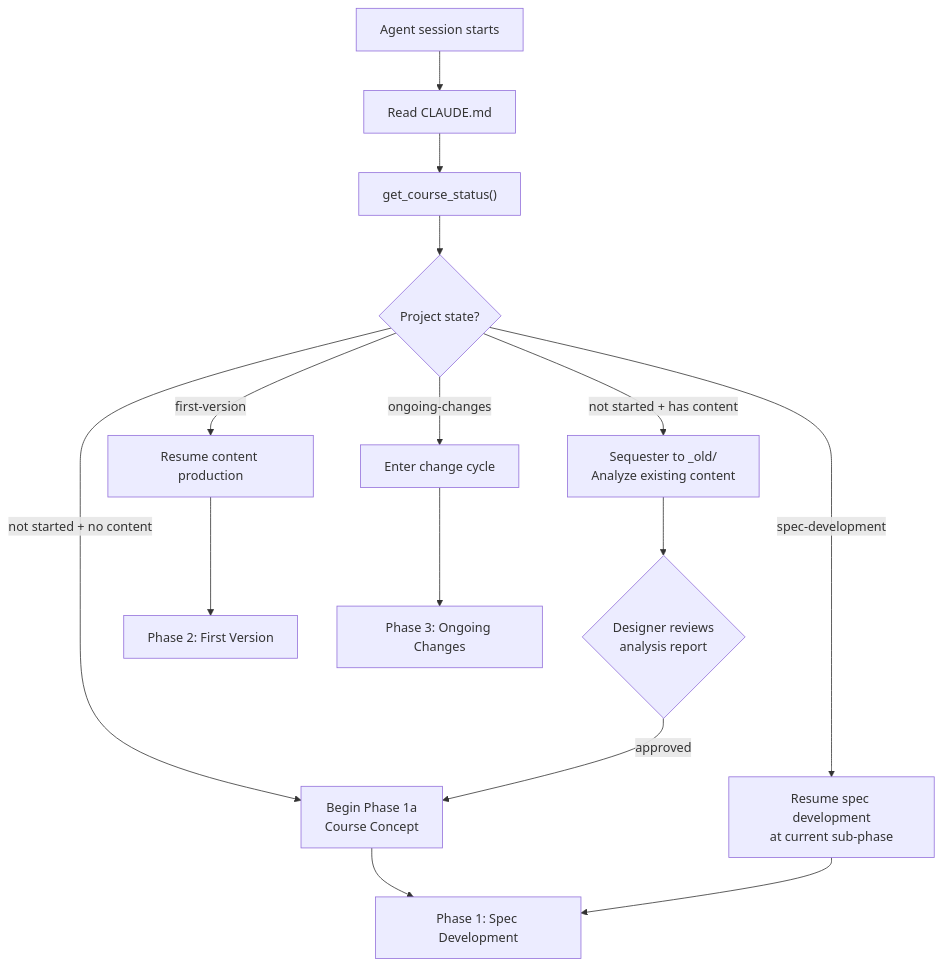
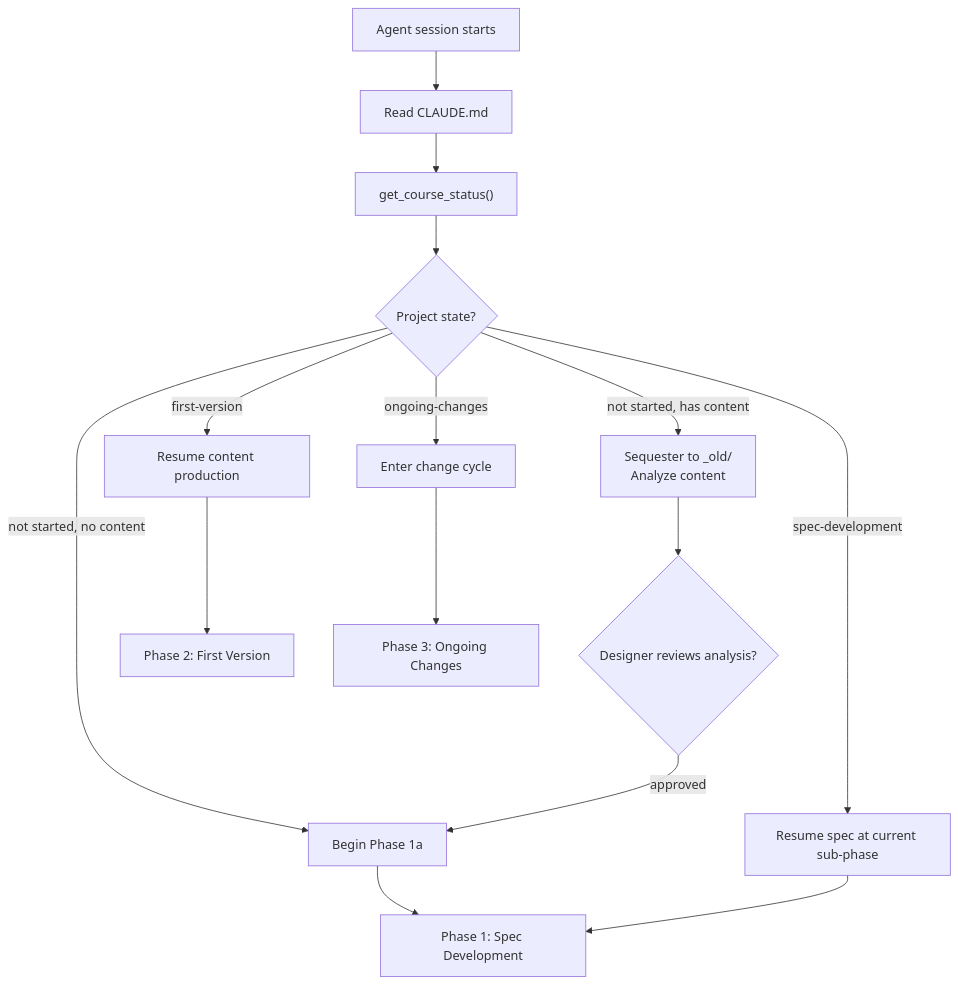
The first of 6 diagrams in docs/curik-mcp-server-spec.md (league-infrastructure/curik), drawn with Mermaid before and after one commit. The commit also changed other lines of this file and 1 other file, not shown here.

Commit message:
docs: add MCP server spec, remove outdated v1 project plan

````diff
--- a/docs/curik-mcp-server-spec.md
+++ b/docs/curik-mcp-server-spec.md
@@ -326,20 +350,20 @@
 ```mermaid
 flowchart TD
     A[Agent session starts] --> B[Read CLAUDE.md]
     B --> C["get_course_status()"]
-    C --> D{"Project state?"}
-    
-    D -->|"not started + no content"| E[Begin Phase 1a\nCourse Concept]
-    D -->|"not started + has content"| F[Sequester to _old/\nAnalyze existing content]
-    D -->|"spec-development"| G[Resume spec development\nat current sub-phase]
-    D -->|"first-version"| H[Resume content production]
-    D -->|"ongoing-changes"| I[Enter change cycle]
-    
-    F --> J{Designer reviews\nanalysis report}
+    C --> D{Project state?}
+
+    D -->|not started, no content| E[Begin Phase 1a]
+    D -->|not started, has content| F["Sequester to _old/<br/>Analyze content"]
+    D -->|spec-development| G[Resume spec at current sub-phase]
+    D -->|first-version| H[Resume content production]
+    D -->|ongoing-changes| I[Enter change cycle]
+
+    F --> J{Designer reviews analysis?}
     J -->|approved| E
-    
+
     E --> K[Phase 1: Spec Development]
     G --> K
     H --> L[Phase 2: First Version]
     I --> M[Phase 3: Ongoing Changes]
 ```
````
